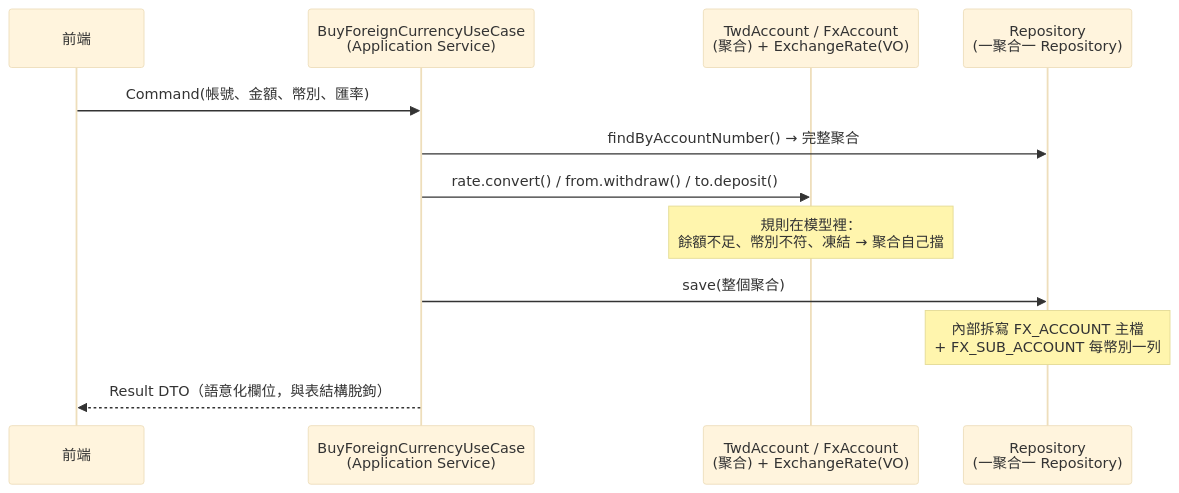
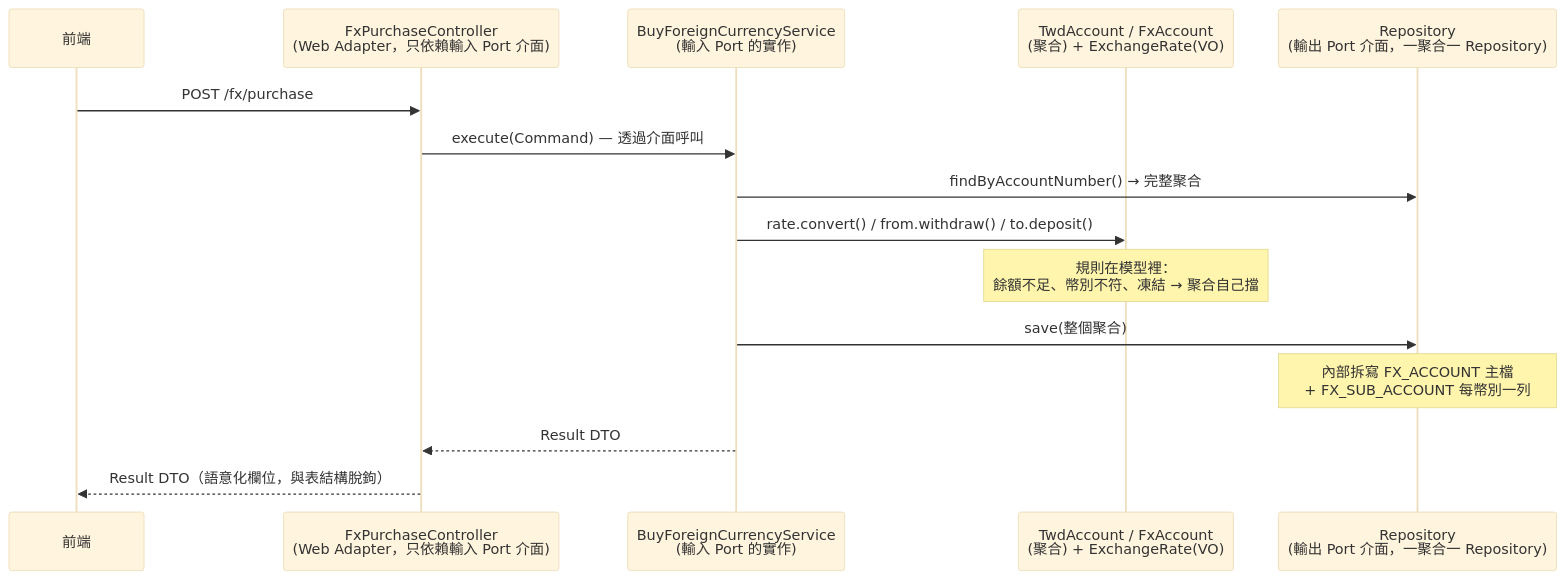
One commit to ChunPingWang/data-model-vs-domain-mode changed the fourth of 6 diagrams in README.md. Above: the diagram before and after it, drawn with Mermaid (base theme). The commit also changed other lines of this file and 6 other files, not shown here.

First line of the commit message:
Enforce SOLID dependency direction with ports-and-adapters and class diagrams

````diff
--- a/README.md
+++ b/README.md
@@ -193,14 +196,17 @@
 ```mermaid
 sequenceDiagram
     participant UI as 前端
-    participant U as BuyForeignCurrencyUseCase<br/>(Application Service)
+    participant C as FxPurchaseController<br/>(Web Adapter，只依賴輸入 Port 介面)
+    participant U as BuyForeignCurrencyService<br/>(輸入 Port 的實作)
     participant A as TwdAccount / FxAccount<br/>(聚合) + ExchangeRate(VO)
-    participant R as Repository<br/>(一聚合一 Repository)
-    UI->>U: Command(帳號、金額、幣別、匯率)
+    participant R as Repository<br/>(輸出 Port 介面，一聚合一 Repository)
+    UI->>C: POST /fx/purchase
+    C->>U: execute(Command) — 透過介面呼叫
     U->>R: findByAccountNumber() → 完整聚合
     U->>A: rate.convert() / from.withdraw() / to.deposit()
     Note over A: 規則在模型裡：<br/>餘額不足、幣別不符、凍結 → 聚合自己擋
     U->>R: save(整個聚合)
     Note over R: 內部拆寫 FX_ACCOUNT 主檔<br/>+ FX_SUB_ACCOUNT 每幣別一列
-    U-->>UI: Result DTO（語意化欄位，與表結構脫鉤）
+    U-->>C: Result DTO
+    C-->>UI: Result DTO（語意化欄位，與表結構脫鉤）
 ```
````
